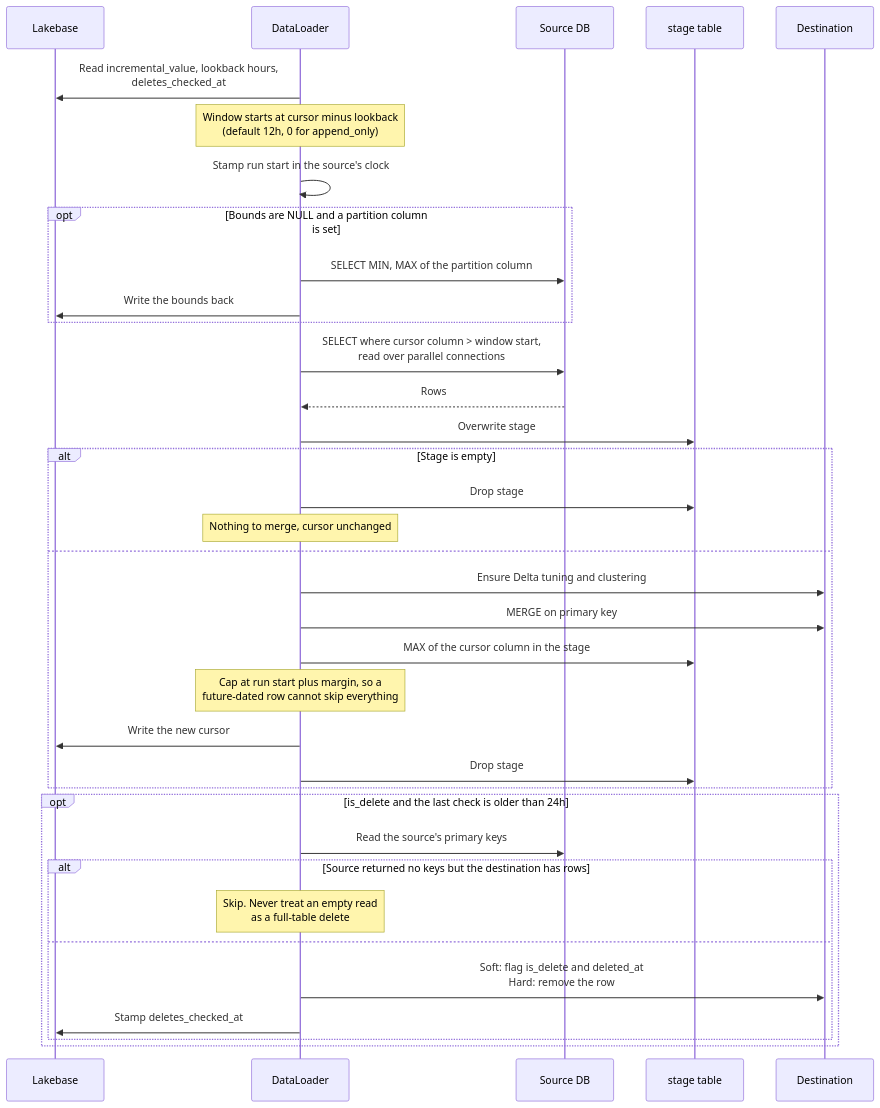
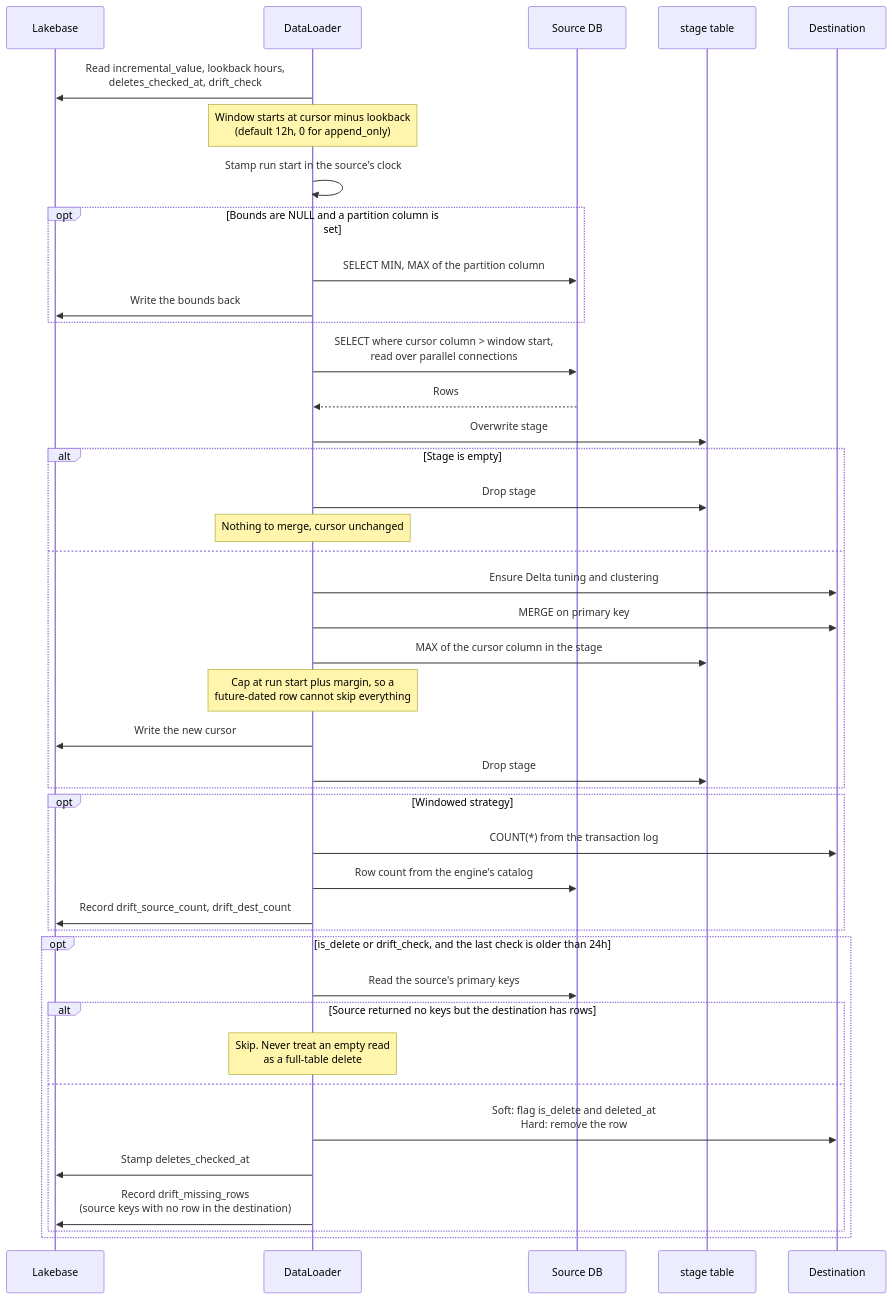
The third of 5 diagrams in docs/diagrams/03-sequence-diagrams.md (DakotaDataEng/dataloader-docs), drawn with Mermaid before and after one commit. The commit also changed 8 other files, not shown here.

````diff
--- a/docs/diagrams/03-sequence-diagrams.md
+++ b/docs/diagrams/03-sequence-diagrams.md
@@ -112,43 +112,50 @@
 ```mermaid
 sequenceDiagram
     participant LB as Lakebase
     participant DL as DataLoader
     participant SRC as Source DB
     participant STG as stage table
     participant DEST as Destination
 
-    DL->>LB: Read incremental_value, lookback hours,<br/>deletes_checked_at
+    DL->>LB: Read incremental_value, lookback hours,<br/>deletes_checked_at, drift_check
     Note over DL: Window starts at cursor minus lookback<br/>(default 12h, 0 for append_only)
     DL->>DL: Stamp run start in the source's clock
 
     opt Bounds are NULL and a partition column is set
         DL->>SRC: SELECT MIN, MAX of the partition column
         DL->>LB: Write the bounds back
     end
 
     DL->>SRC: SELECT where cursor column > window start,<br/>read over parallel connections
     SRC-->>DL: Rows
 
     DL->>STG: Overwrite stage
     alt Stage is empty
         DL->>STG: Drop stage
         Note over DL: Nothing to merge, cursor unchanged
     else
         DL->>DEST: Ensure Delta tuning and clustering
         DL->>DEST: MERGE on primary key
         DL->>STG: MAX of the cursor column in the stage
         Note over DL: Cap at run start plus margin, so a<br/>future-dated row cannot skip everything
         DL->>LB: Write the new cursor
         DL->>STG: Drop stage
     end
 
-    opt is_delete and the last check is older than 24h
+    opt Windowed strategy
+        DL->>DEST: COUNT(*) from the transaction log
+        DL->>SRC: Row count from the engine's catalog
+        DL->>LB: Record drift_source_count, drift_dest_count
+    end
+
+    opt is_delete or drift_check, and the last check is older than 24h
         DL->>SRC: Read the source's primary keys
         alt Source returned no keys but the destination has rows
             Note over DL: Skip. Never treat an empty read<br/>as a full-table delete
         else
             DL->>DEST: Soft: flag is_delete and deleted_at<br/>Hard: remove the row
             DL->>LB: Stamp deletes_checked_at
+            DL->>LB: Record drift_missing_rows<br/>(source keys with no row in the destination)
         end
     end
 ```
````
